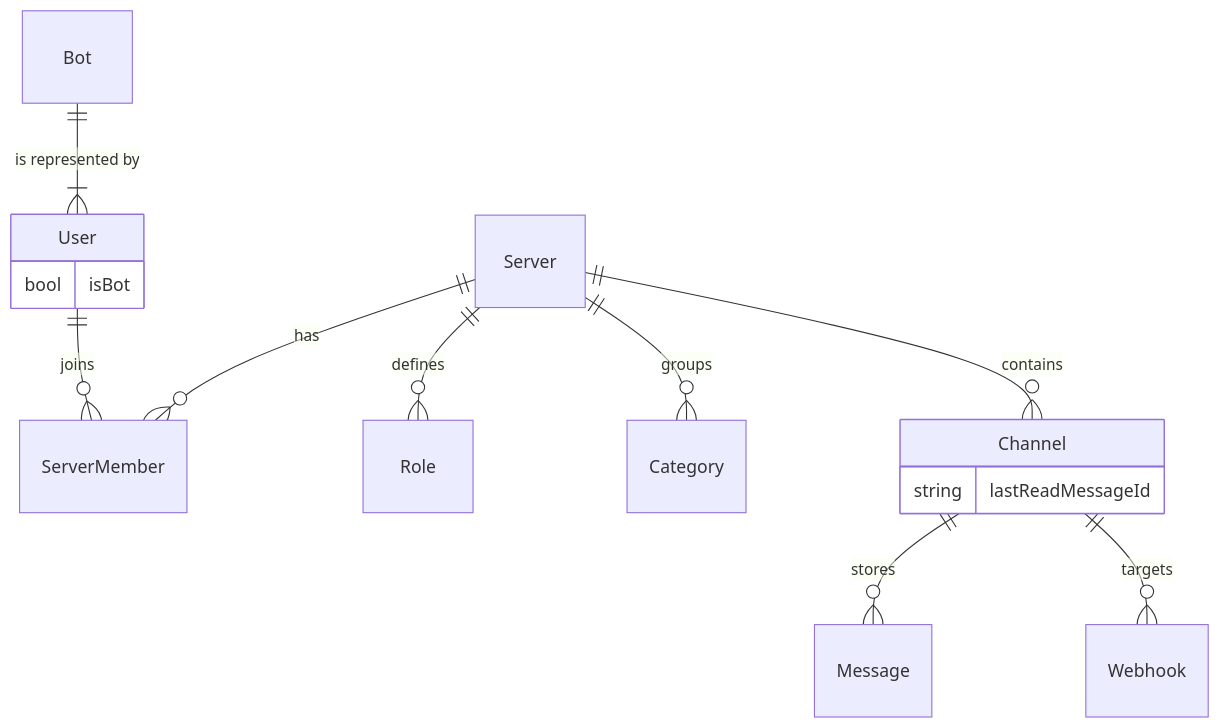
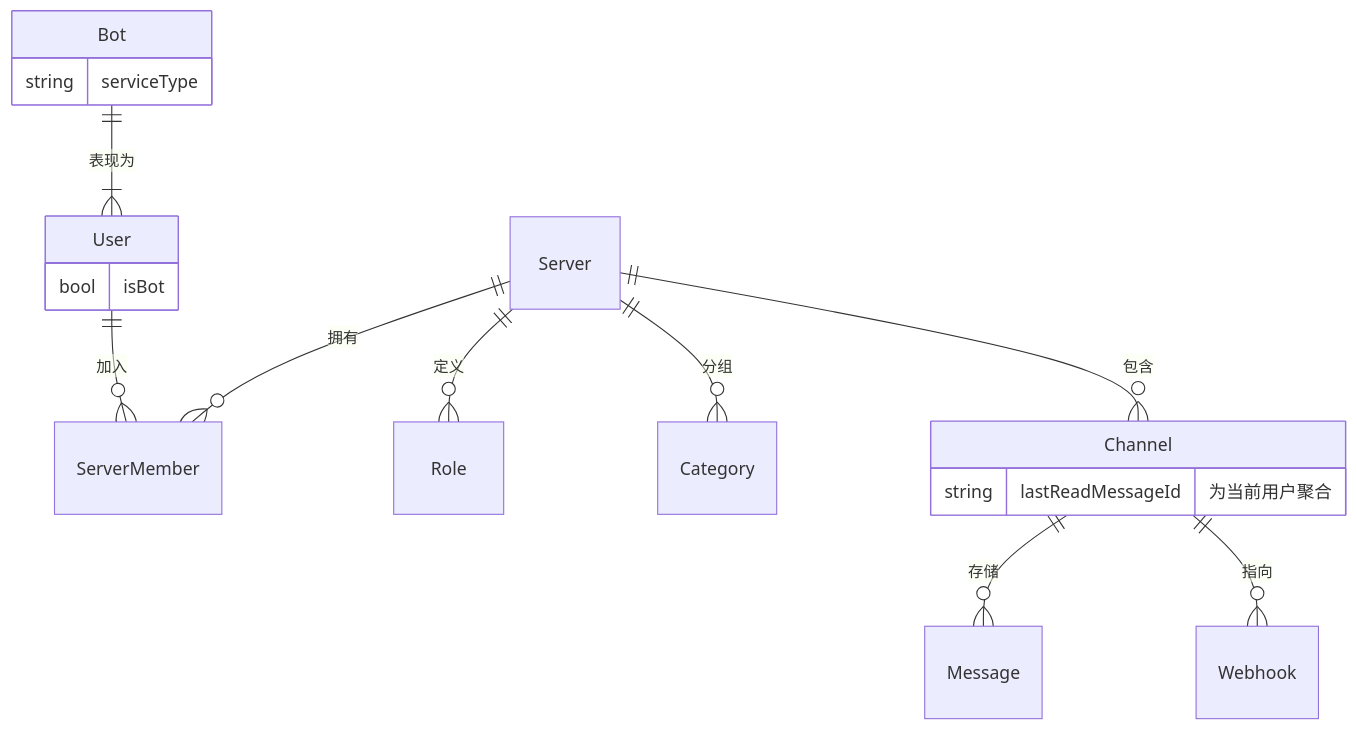
The second of 2 diagrams in website/docs/platform/platform-design.md (U1805/mew), drawn with Mermaid before and after one commit. The commit also changed other lines of this file and 18 other files, not shown here.

````diff
--- a/website/docs/platform/platform-design.md
+++ b/website/docs/platform/platform-design.md
@@ -60,13 +67,20 @@
 ```mermaid
 erDiagram
-  User ||--o{ ServerMember : joins
-  User { bool isBot }
-  Bot ||--|{ User : "is represented by"
-  Server ||--o{ ServerMember : has
-  Server ||--o{ Role : defines
-  Server ||--o{ Category : groups
-  Server ||--o{ Channel : contains
-  Channel ||--o{ Message : stores
-  Channel ||--o{ Webhook : targets
-  Channel { string lastReadMessageId }
+    User {
+        bool isBot
+    }
+    Bot {
+        string serviceType
+    }
+    User ||--o{ ServerMember : "加入"
+    Bot ||--|{ User : "表现为"
+    Server ||--o{ ServerMember : "拥有"
+    Server ||--o{ Role : "定义"
+    Server ||--o{ Category : "分组"
+    Server ||--o{ Channel : "包含"
+    Channel ||--o{ Message : "存储"
+    Channel ||--o{ Webhook : "指向"
+    Channel {
+        string lastReadMessageId "为当前用户聚合"
+    }
 ```
````
